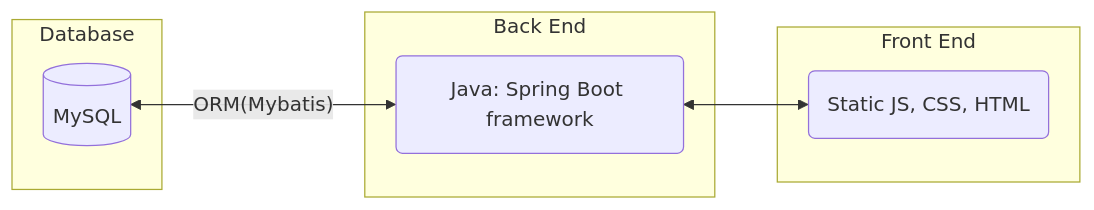
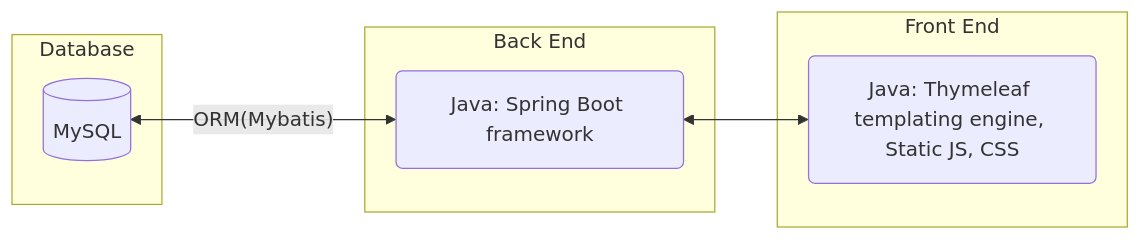
The first of 6 diagrams in requirements_specifications.md (vincent-li-1/StockSync), drawn with Mermaid before and after one commit. The commit also changed other lines of this file, not shown here.

````diff
--- a/requirements_specifications.md
+++ b/requirements_specifications.md
@@ -145,17 +132,17 @@
 ```mermaid
 flowchart RL
 subgraph Front End
-	A(Static JS, CSS, HTML)
+	A(Java: Thymeleaf templating engine, Static JS, CSS)
 end
 	
 subgraph Back End
 	B(Java: Spring Boot framework)
 end
 	
 subgraph Database
 	C[(MySQL)]
 end
 
 A <-->B
 B <-->|"ORM(Mybatis)"| C
 ```
````
